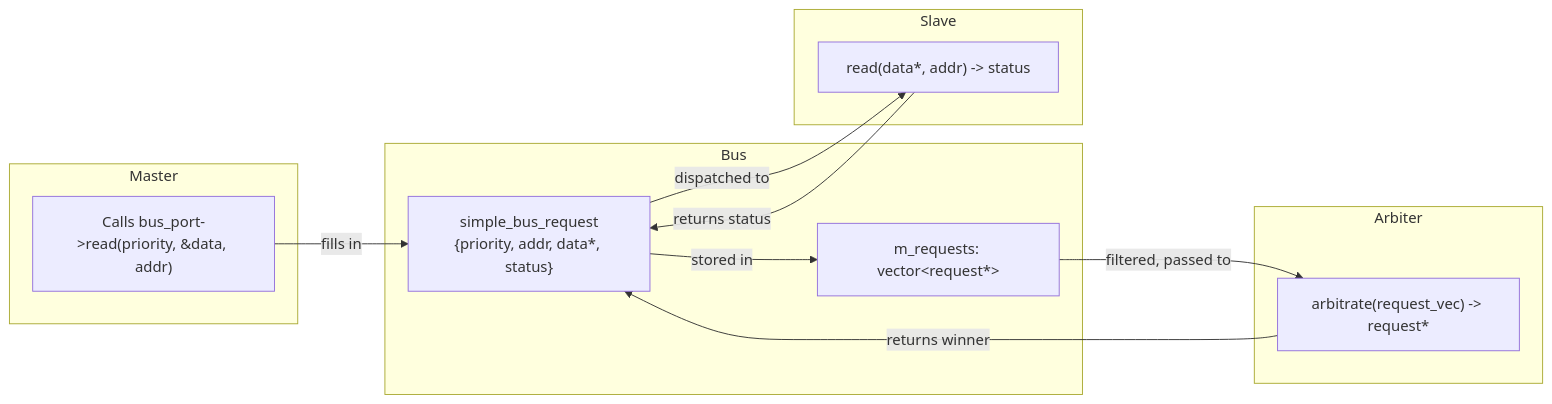
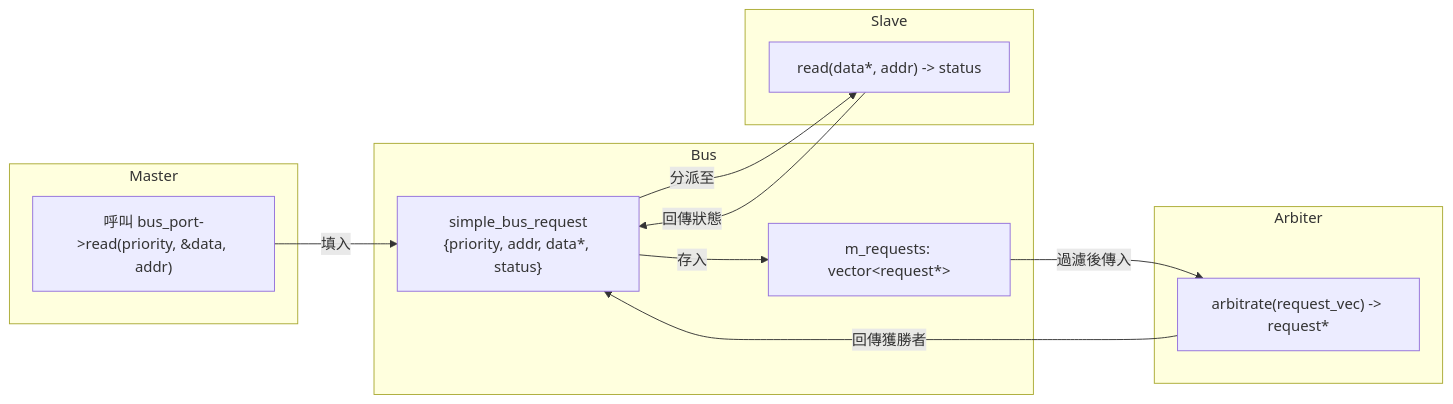
The second of 2 diagrams in doc_v2/examples/code/sysc/simple_bus/types.md (abc1199281lab-cmd/systemc_notes), drawn with Mermaid before and after one commit. The commit also changed other lines of this file and 8 other files, not shown here.

````diff
--- a/doc_v2/examples/code/sysc/simple_bus/types.md
+++ b/doc_v2/examples/code/sysc/simple_bus/types.md
@@ -169,26 +169,26 @@
 ```mermaid
 graph LR
     subgraph Master
-        M["Calls bus_port->read(priority, &data, addr)"]
+        M["呼叫 bus_port->read(priority, &data, addr)"]
     end
 
     subgraph Bus
         R["simple_bus_request<br/>{priority, addr, data*, status}"]
         Q["m_requests: vector&lt;request*&gt;"]
     end
 
     subgraph Arbiter
         A["arbitrate(request_vec) -> request*"]
     end
 
     subgraph Slave
         S["read(data*, addr) -> status"]
     end
 
-    M -->|"fills in"| R
-    R -->|"stored in"| Q
-    Q -->|"filtered, passed to"| A
-    A -->|"returns winner"| R
-    R -->|"dispatched to"| S
-    S -->|"returns status"| R
+    M -->|"填入"| R
+    R -->|"存入"| Q
+    Q -->|"過濾後傳入"| A
+    A -->|"回傳獲勝者"| R
+    R -->|"分派至"| S
+    S -->|"回傳狀態"| R
 ```
````
